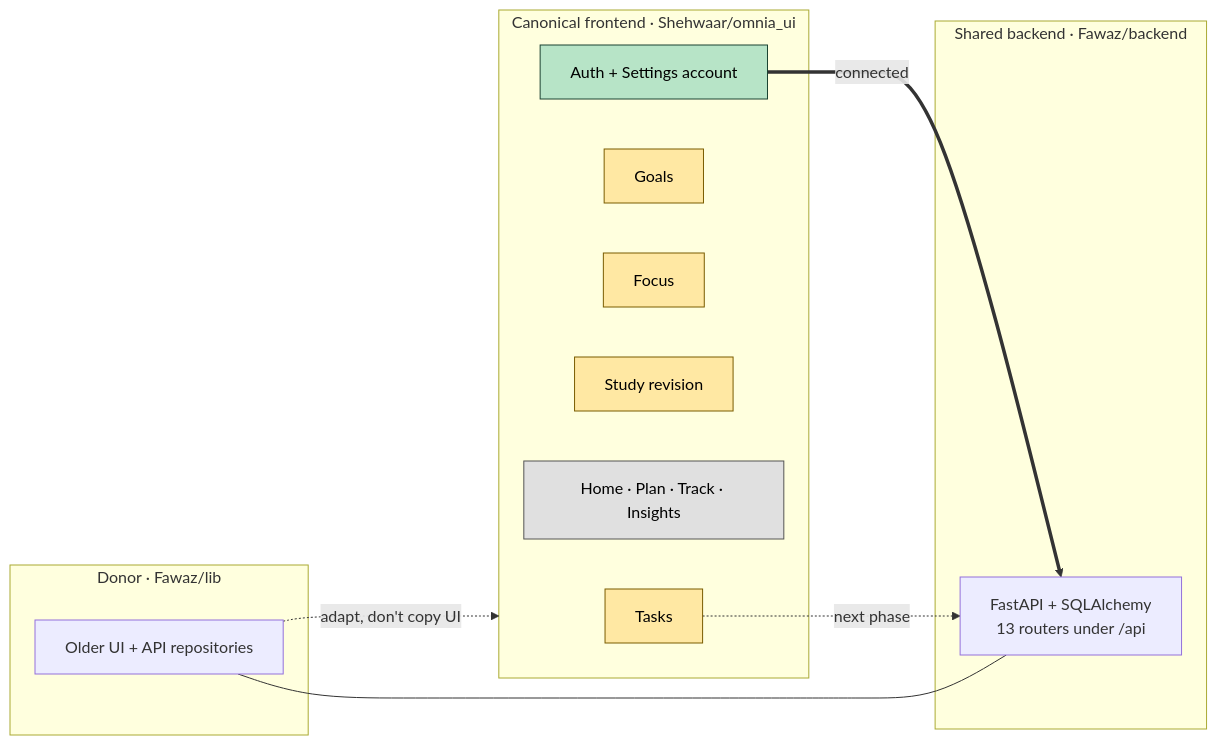
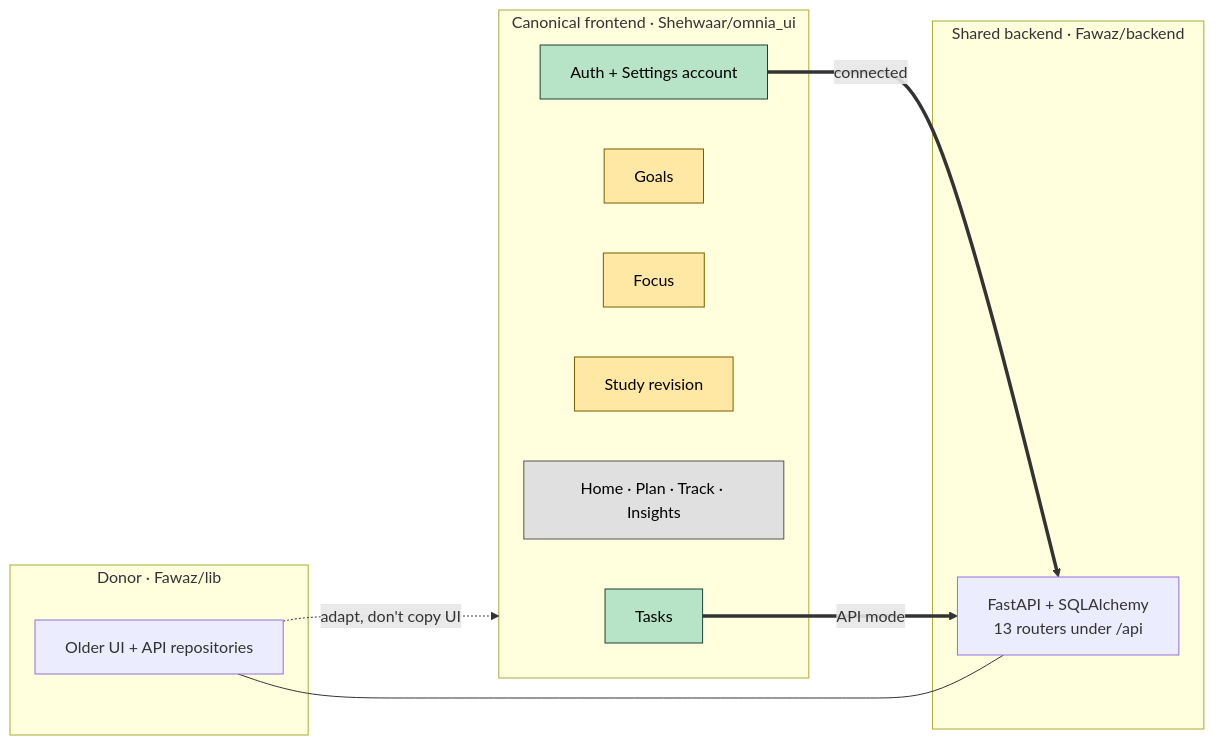
The diagram in docs/omnia-vault/00 - OMNIA.md (Gaoher-1207/omnia), drawn with Mermaid before and after one commit. The commit also changed other lines of this file and 25 other files, not shown here.

Commit message:
Integrate Tasks with backend API

````diff
--- a/docs/omnia-vault/00 - OMNIA.md
+++ b/docs/omnia-vault/00 - OMNIA.md
@@ -32,25 +32,25 @@
 ```mermaid
 flowchart LR
     subgraph Canonical["Canonical frontend · Shehwaar/omnia_ui"]
-        F1[Tasks]:::local
+        F1[Tasks]:::api
         F2[Goals]:::local
         F3[Focus]:::local
         F4[Study revision]:::local
         F5[Home · Plan · Track · Insights]:::sample
         F6[Auth + Settings account]:::api
     end
     subgraph Backend["Shared backend · Fawaz/backend"]
         B[FastAPI + SQLAlchemy<br/>13 routers under /api]
     end
     subgraph Donor["Donor · Fawaz/lib"]
         D[Older UI + API repositories]
     end
     F6 ==>|connected| B
-    F1 -.->|next phase| B
+    F1 ==>|API mode| B
     D -.->|adapt, don't copy UI| Canonical
     D --- B
 
     classDef api fill:#b7e4c7,stroke:#1b4332,color:#000
     classDef local fill:#ffe8a3,stroke:#7a5c00,color:#000
     classDef sample fill:#e0e0e0,stroke:#555,color:#000
 ```
````
